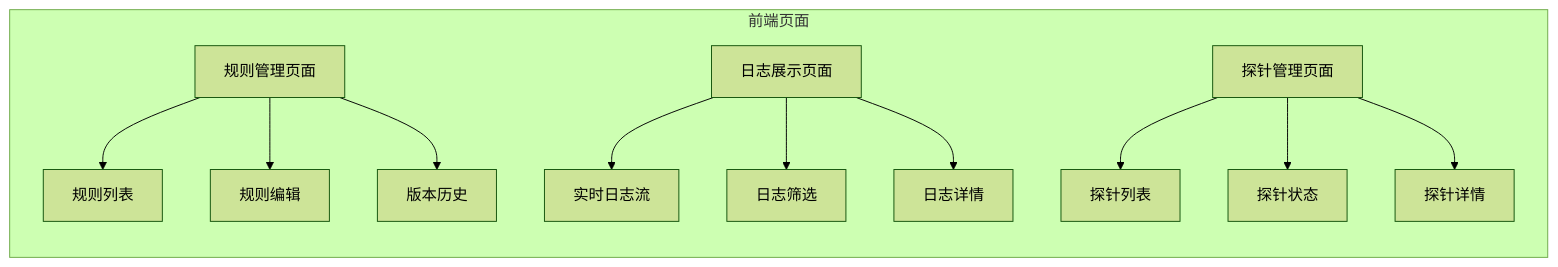
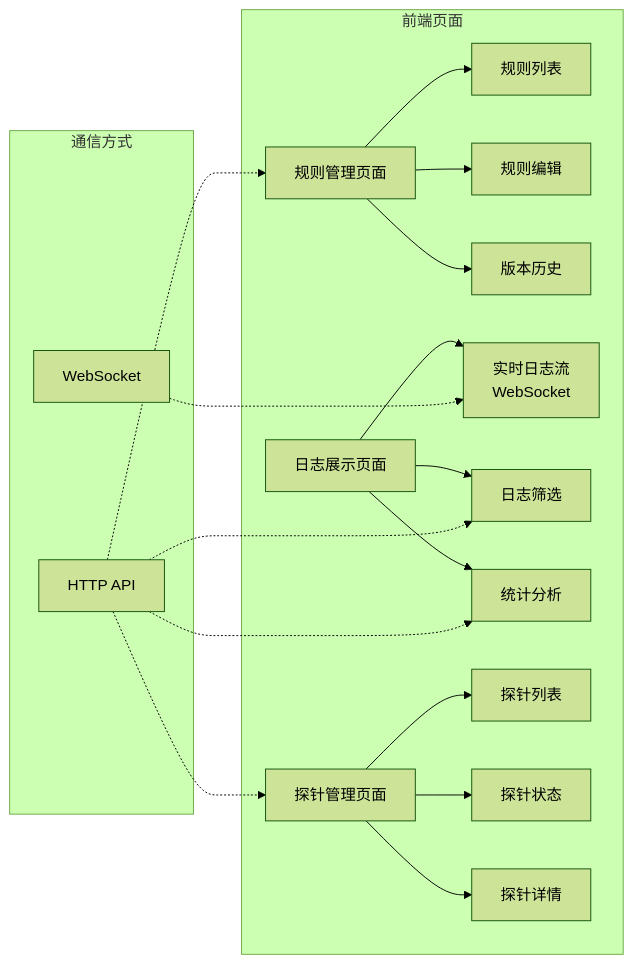
Before and after one commit to chenlehua/ai-idps: the fifth of 19 diagrams in specs/0001-spec.md, drawn with Mermaid (forest theme). The commit also changed other lines of this file, not shown here.

Commit message:
feat: optimize architecture

````diff
--- a/specs/0001-spec.md
+++ b/specs/0001-spec.md
@@ -159,16 +203,24 @@
 ```mermaid
 graph LR
     subgraph 前端页面
         A[规则管理页面] --> A1[规则列表]
         A --> A2[规则编辑]
         A --> A3[版本历史]
 
-        B[日志展示页面] --> B1[实时日志流]
+        B[日志展示页面] --> B1[实时日志流<br/>WebSocket]
         B --> B2[日志筛选]
-        B --> B3[日志详情]
+        B --> B3[统计分析]
 
         C[探针管理页面] --> C1[探针列表]
         C --> C2[探针状态]
         C --> C3[探针详情]
     end
+
+    subgraph 通信方式
+        D[HTTP API] -.-> A
+        D -.-> C
+        E[WebSocket] -.-> B1
+        D -.-> B2
+        D -.-> B3
+    end
 ```
````
